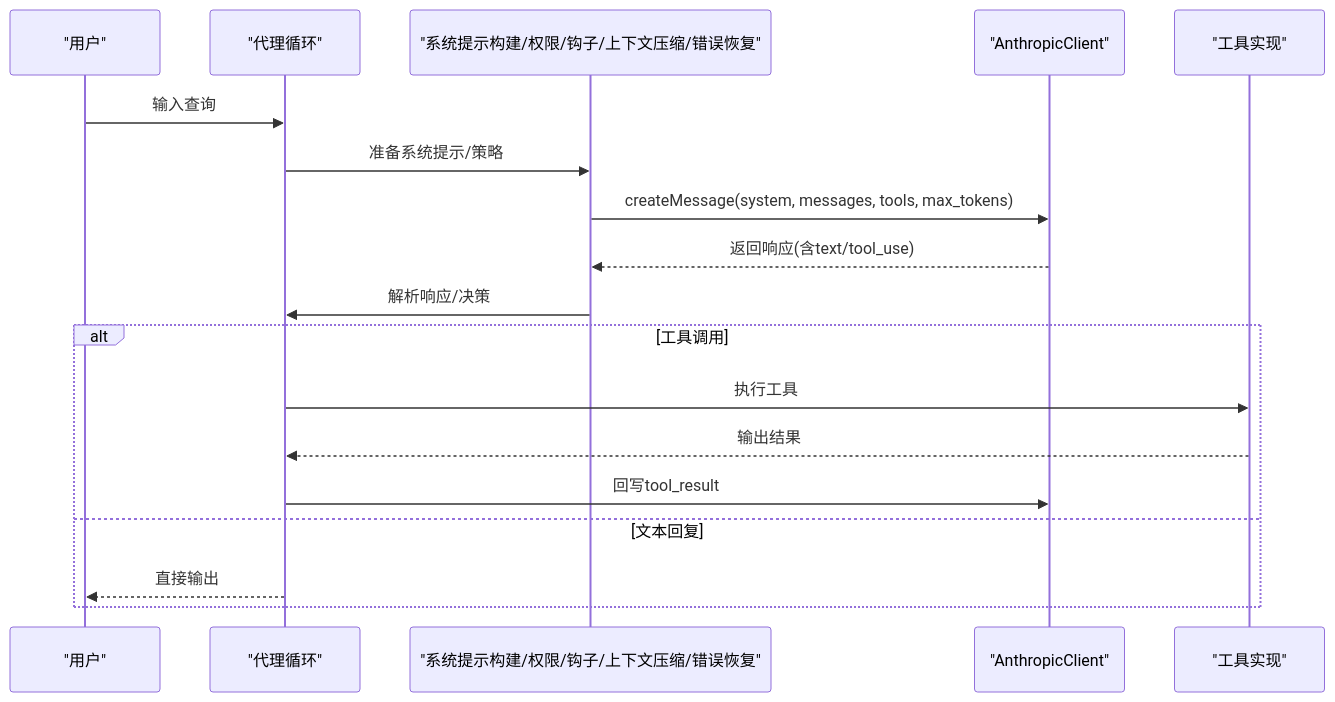
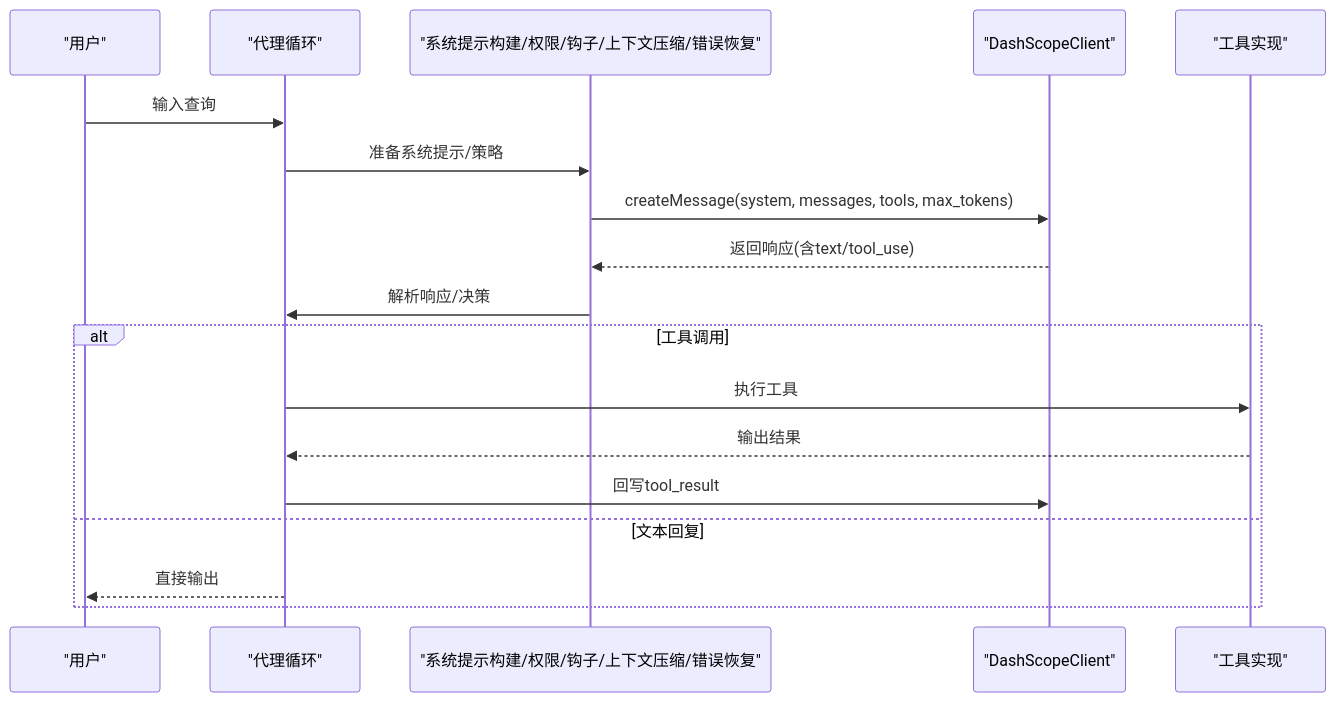
Before and after one commit to zhaojunyi0016/learn-harness: the second of 20 diagrams in .qoder/repowiki/zh/content/代理模块系列/高级代理模块.md, drawn with Mermaid. The commit also changed other lines of this file and 5 other files, not shown here.

````diff
--- a/.qoder/repowiki/zh/content/代理模块系列/高级代理模块.md
+++ b/.qoder/repowiki/zh/content/代理模块系列/高级代理模块.md
@@ -109,20 +144,20 @@
 ```mermaid
 sequenceDiagram
 participant U as "用户"
 participant L as "代理循环"
 participant P as "系统提示构建/权限/钩子/上下文压缩/错误恢复"
-participant C as "AnthropicClient"
+participant C as "DashScopeClient"
 participant T as "工具实现"
 U->>L : 输入查询
 L->>P : 准备系统提示/策略
 P->>C : createMessage(system, messages, tools, max_tokens)
 C-->>P : 返回响应(含text/tool_use)
 P->>L : 解析响应/决策
 alt 工具调用
 L->>T : 执行工具
 T-->>L : 输出结果
 L->>C : 回写tool_result
 else 文本回复
 L-->>U : 直接输出
 end
 ```
````
